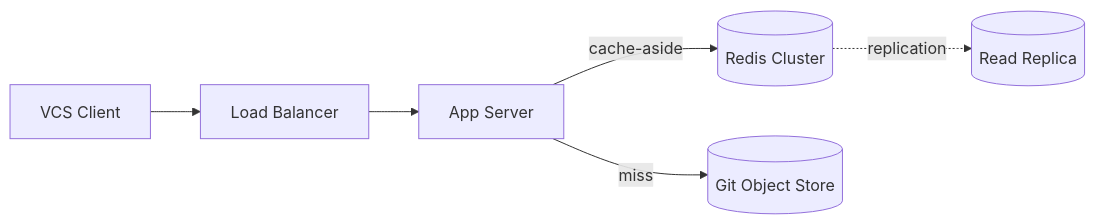
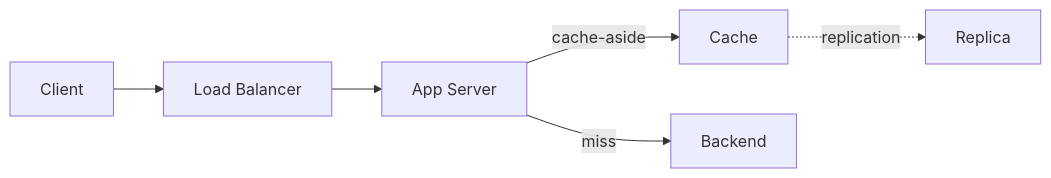
One commit to huangsam/systology changed the diagram in site/content/designs/distributed-cache.md. Above: the diagram before and after it, drawn with Mermaid. The commit also changed 8 other files, not shown here.

Commit message:
Shorten names of mermaid items

```diff
--- a/site/content/designs/distributed-cache.md
+++ b/site/content/designs/distributed-cache.md
@@ -22,8 +22,8 @@
 {{< mermaid >}}
 graph LR
-  Client[VCS Client] --> LB[Load Balancer]
+  Client --> LB[Load Balancer]
   LB --> AppServer[App Server]
-  AppServer -->|cache-aside| Cache[(Redis Cluster)]
-  AppServer -->|miss| Backend[(Git Object Store)]
-  Cache -.->|replication| CacheReplica[(Read Replica)]
+  AppServer -->|cache-aside| Cache
+  AppServer -->|miss| Backend
+  Cache -.->|replication| CacheReplica[Replica]
 {{< /mermaid >}}
```
